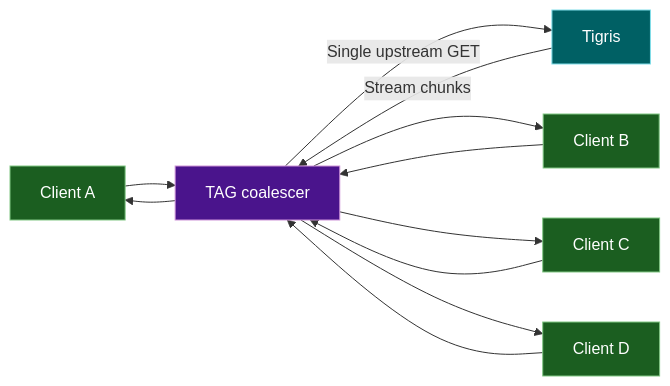
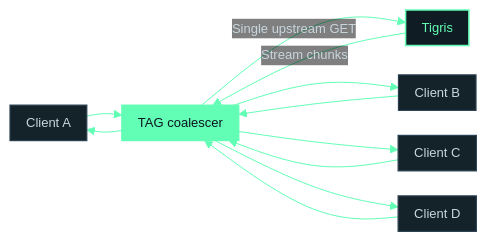
The second of 4 diagrams in docs/acceleration-gateway/index.mdx (tigrisdata/tigris-os-docs), drawn with Mermaid before and after one commit. The commit also changed other lines of this file and 2 other files, not shown here.

First line of the commit message:
style: match mermaid diagrams to TAG lander diagram styling

`````diff
--- a/docs/acceleration-gateway/index.mdx
+++ b/docs/acceleration-gateway/index.mdx
@@ -130,17 +131,18 @@
 ```mermaid
+%%{init: {'theme': 'base', 'flowchart': {'padding': 8, 'nodeSpacing': 25, 'rankSpacing': 35}, 'themeVariables': {'primaryColor': '#142229', 'primaryTextColor': '#c8d6de', 'primaryBorderColor': '#1e3340', 'lineColor': '#62FEB5', 'secondaryColor': '#101c24', 'tertiaryColor': '#0e1920', 'edgeLabelBackground': 'transparent', 'clusterBkg': '#0e1920', 'clusterBorder': '#1e3340', 'fontFamily': 'sans-serif', 'fontSize': '13px', 'background': '#0e1920', 'textColor': '#8fa3b0', 'nodeBorder': '#1e3340'}}}%%
 flowchart LR
-    classDef client fill:#1b5e20,stroke:#81c784,color:#fff
-    classDef tag fill:#4a148c,stroke:#ce93d8,color:#fff
-    classDef upstream fill:#006064,stroke:#80deea,color:#fff
+    classDef client fill:#142229,stroke:#2a4050,color:#c8d6de,stroke-width:1.2px
+    classDef tag fill:#62FEB5,stroke:#62FEB5,color:#0A171E,stroke-width:1.2px
+    classDef upstream fill:#101c24,stroke:#62FEB5,color:#62FEB5,stroke-width:1.5px
 
     A[Client A]:::client --> T[TAG coalescer]:::tag
     B[Client B]:::client --> T
     C[Client C]:::client --> T
     D[Client D]:::client --> T
     T -->|Single upstream GET| U[Tigris]:::upstream
     U -->|Stream chunks| T
     T --> A
     T --> B
     T --> C
     T --> D
 ````
`````
